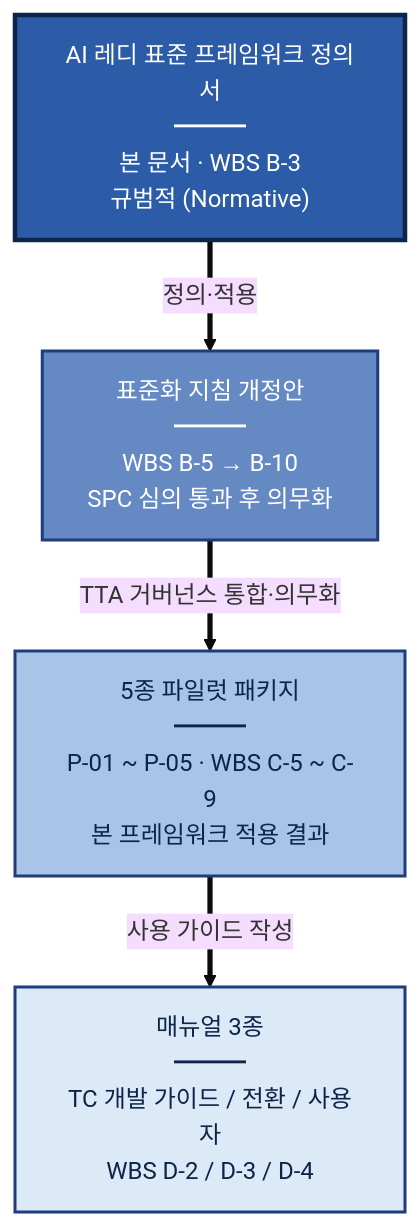
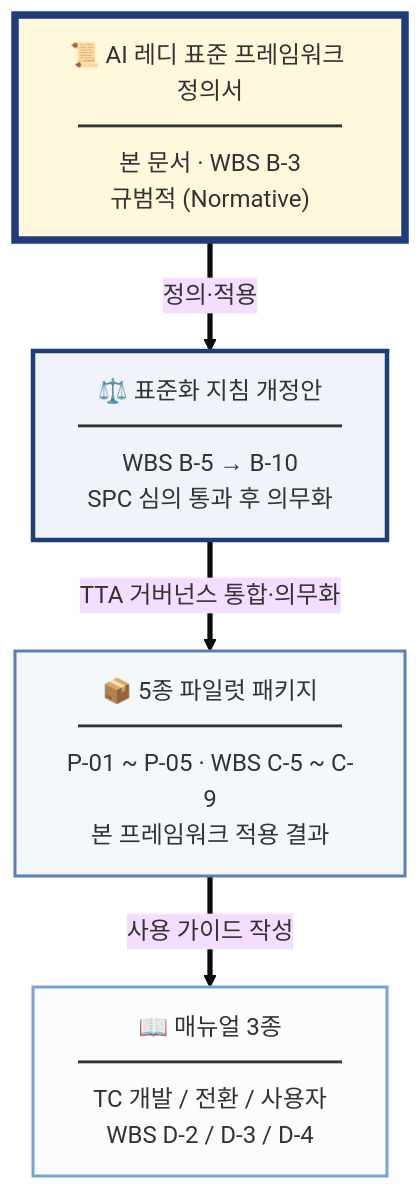
Before and after one commit to ai-ready-standards/tta-ai-ready: the diagram in docs/framework/index.md, drawn with Mermaid (base theme).

Commit message:
fix(framework): 1.3 다이어그램 가독성 — 밝은 배경 + 위계는 테두리로
[증상] 진남색 배경 + 흰 글씨 조합이 Material의 CSS와 충돌해
글씨가 흐리게 보이는 문제 (PR #7, #8에서 두 번 시도했으나 미해결).

[근본 원인]
- Material 테마는 `.md-typeset .mermaid .nodeLabel`에 자체 CSS 변수
  (--md-mermaid-node-fg-color)를 적용. 이 변수가 Mermaid `style`의
  `color` 속성보다 CSS 명시도가 높아 흰 글씨가 회색으로 흐려짐.

[해결: 디자인 변경]
- 다크 배경 포기 → 모두 밝은 배경으로 통일
- 텍스트는 항상 검은색 (Material 기본)으로 잘 보임
- 위계는 다음 3가지로 표현:
  · 테두리 두께 (5px → 3px → 2px → 2px)
  · 테두리 색 진하기 (진남색 → 중간 → 연파랑)
  · 첫 줄 이모지 (📜 ⚖️ 📦 📖)
- 첫 박스(규범적)에만 살짝 다른 배경(연한 노란색 #FFF8DC)으로 강조

라이트/다크 모드 모두에서 안정적으로 보이는 구성.

````diff
--- a/docs/framework/index.md
+++ b/docs/framework/index.md
@@ -43,16 +43,16 @@
 ```mermaid
 flowchart TB
-    A["AI 레디 표준 프레임워크 정의서<br/>━━━<br/>본 문서 · WBS B-3<br/>규범적 (Normative)"]
-    B["표준화 지침 개정안<br/>━━━<br/>WBS B-5 → B-10<br/>SPC 심의 통과 후 의무화"]
-    C["5종 파일럿 패키지<br/>━━━<br/>P-01 ~ P-05 · WBS C-5 ~ C-9<br/>본 프레임워크 적용 결과"]
-    D["매뉴얼 3종<br/>━━━<br/>TC 개발 가이드 / 전환 / 사용자<br/>WBS D-2 / D-3 / D-4"]
+    A["📜 AI 레디 표준 프레임워크 정의서<br/>━━━━━━━━━━━<br/>본 문서 · WBS B-3<br/>규범적 (Normative)"]
+    B["⚖️ 표준화 지침 개정안<br/>━━━━━━━━━━━<br/>WBS B-5 → B-10<br/>SPC 심의 통과 후 의무화"]
+    C["📦 5종 파일럿 패키지<br/>━━━━━━━━━━━<br/>P-01 ~ P-05 · WBS C-5 ~ C-9<br/>본 프레임워크 적용 결과"]
+    D["📖 매뉴얼 3종<br/>━━━━━━━━━━━<br/>TC 개발 / 전환 / 사용자<br/>WBS D-2 / D-3 / D-4"]
 
     A == "정의·적용" ==> B
     B == "TTA 거버넌스 통합·의무화" ==> C
     C == "사용 가이드 작성" ==> D
 
-    style A fill:#2C5BA8,color:#ffffff,stroke:#0D2548,stroke-width:3px
-    style B fill:#6589C2,color:#ffffff,stroke:#1F3D7A,stroke-width:2px
-    style C fill:#A8C5E8,color:#0D2548,stroke:#1F3D7A,stroke-width:2px
-    style D fill:#DCE9F7,color:#0D2548,stroke:#1F3D7A,stroke-width:2px
+    style A fill:#FFF8DC,stroke:#1F3D7A,stroke-width:5px
+    style B fill:#F0F4FA,stroke:#1F3D7A,stroke-width:3px
+    style C fill:#F5F8FB,stroke:#5A7FB8,stroke-width:2px
+    style D fill:#FAFCFE,stroke:#7AA3D5,stroke-width:2px
 ```
````
